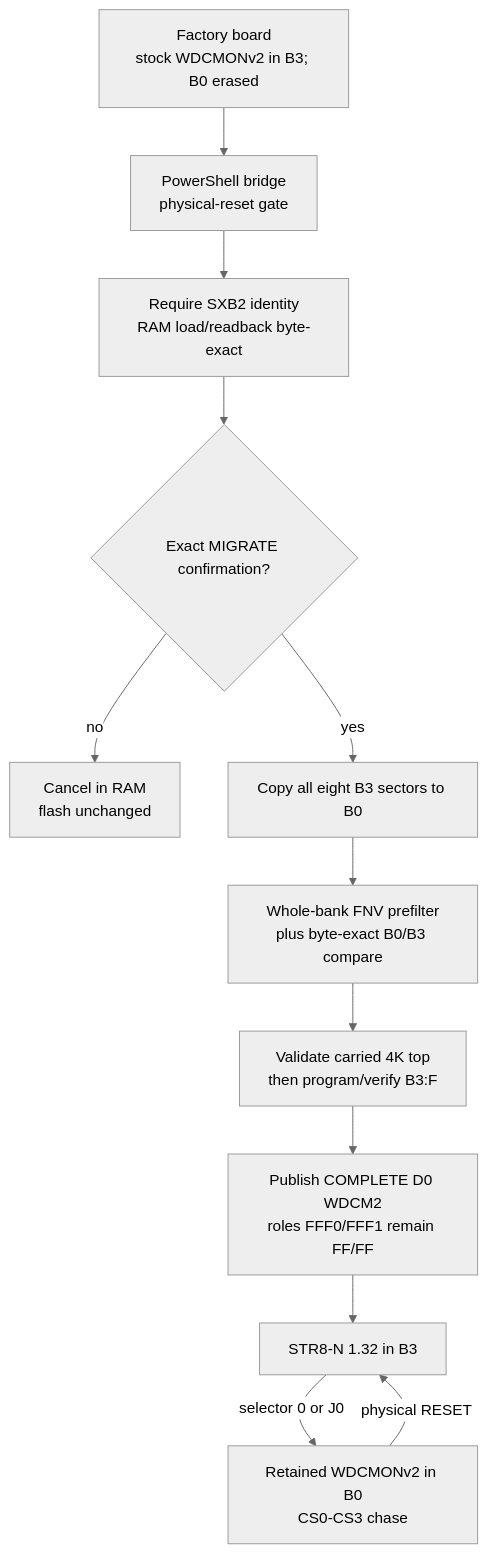
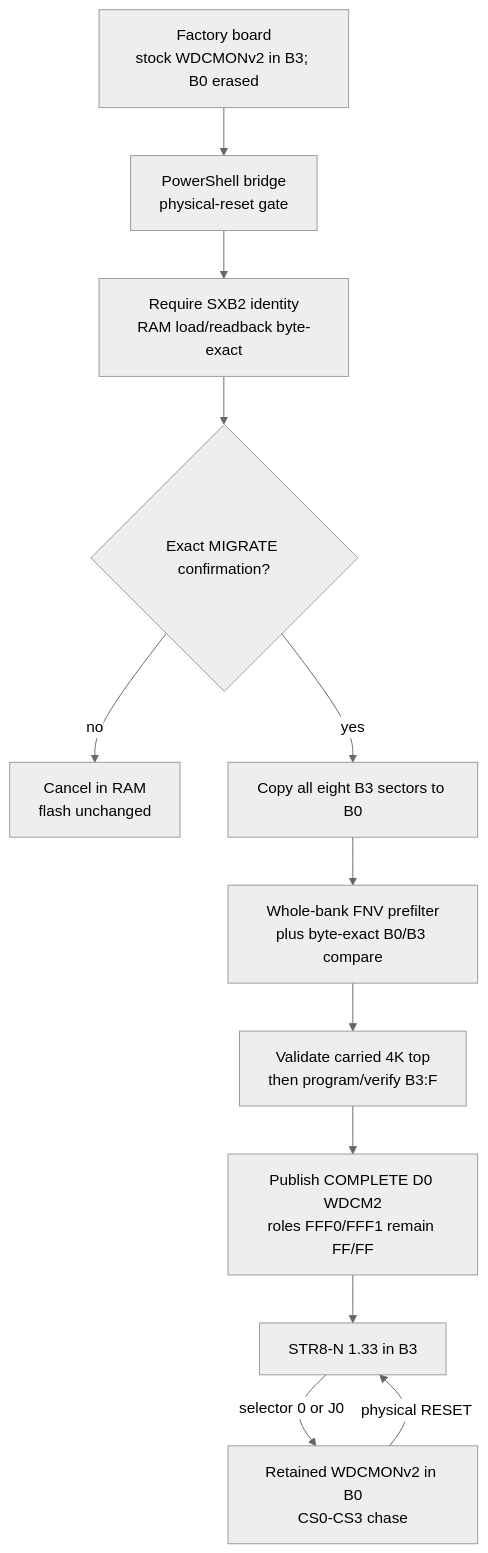
The fifth of 14 diagrams in docs/MAPS.md (95westus/STR8-N), drawn with Mermaid (neutral theme) before and after one commit. The commit also changed other lines of this file and 51 other files, not shown here.

````diff
--- a/docs/MAPS.md
+++ b/docs/MAPS.md
@@ -108,14 +108,14 @@
 ```mermaid
 flowchart TD
     F[Factory board<br/>stock WDCMONv2 in B3; B0 erased] --> H[PowerShell bridge<br/>physical-reset gate]
     H --> V[Require SXB2 identity<br/>RAM load/readback byte-exact]
     V --> M{Exact MIGRATE confirmation?}
     M -->|no| X[Cancel in RAM<br/>flash unchanged]
     M -->|yes| C[Copy all eight B3 sectors to B0]
     C --> E[Whole-bank FNV prefilter<br/>plus byte-exact B0/B3 compare]
     E --> T[Validate carried 4K top<br/>then program/verify B3:F]
     T --> D[Publish COMPLETE D0 WDCM2<br/>roles FFF0/FFF1 remain FF/FF]
-    D --> S[STR8-N 1.32 in B3]
+    D --> S[STR8-N 1.33 in B3]
     S -->|selector 0 or J0| W[Retained WDCMONv2 in B0<br/>CS0-CS3 chase]
     W -->|physical RESET| S
 ```
````
